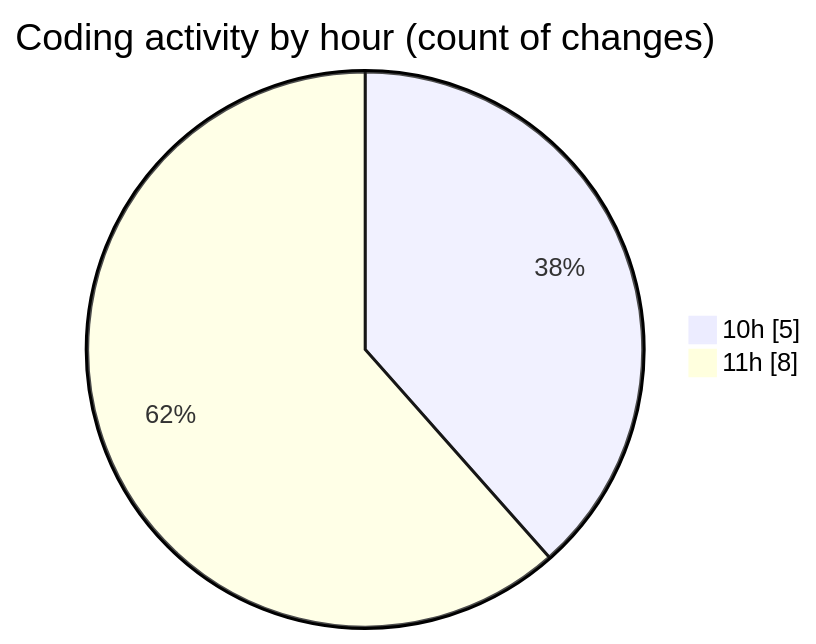
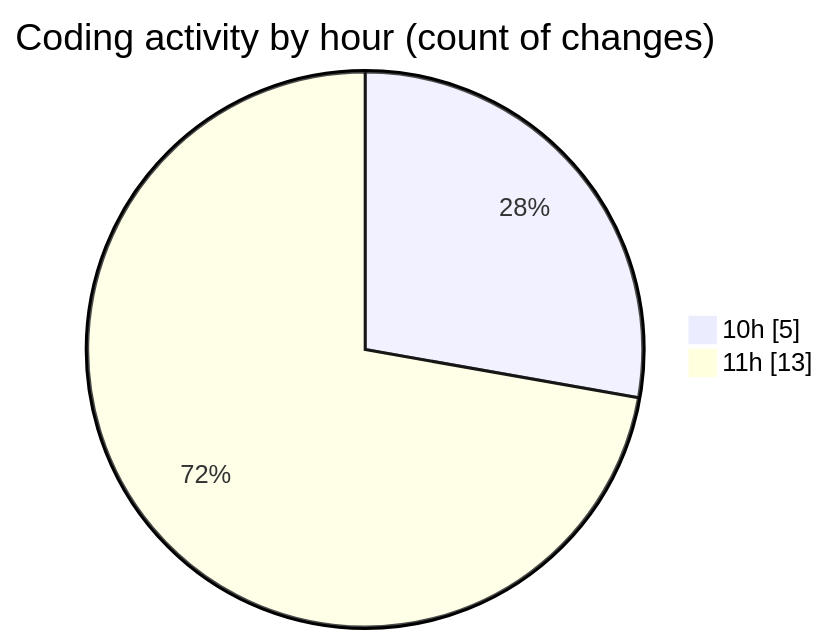
The second of 2 diagrams in 2025-09-23/nxtqube_webapp/README.md (nxtqubesakshisongat/code-tracking), drawn with Mermaid before and after one commit. The commit also changed other lines of this file and 1 other file, not shown here.

````diff
--- a/2025-09-23/nxtqube_webapp/README.md
+++ b/2025-09-23/nxtqube_webapp/README.md
@@ -31,6 +31,6 @@
 ```mermaid
 pie showData
 title Coding activity by hour (count of changes)
 "10h" : 5
-"11h" : 8
+"11h" : 13
 ```
````
